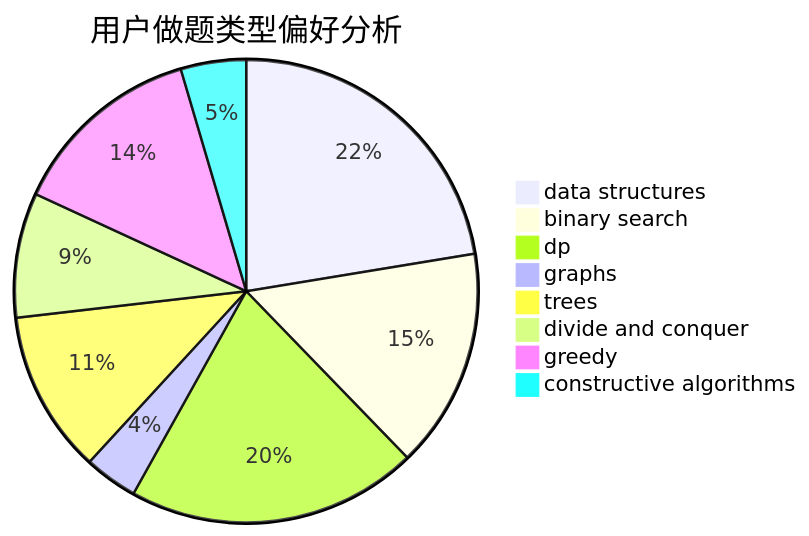
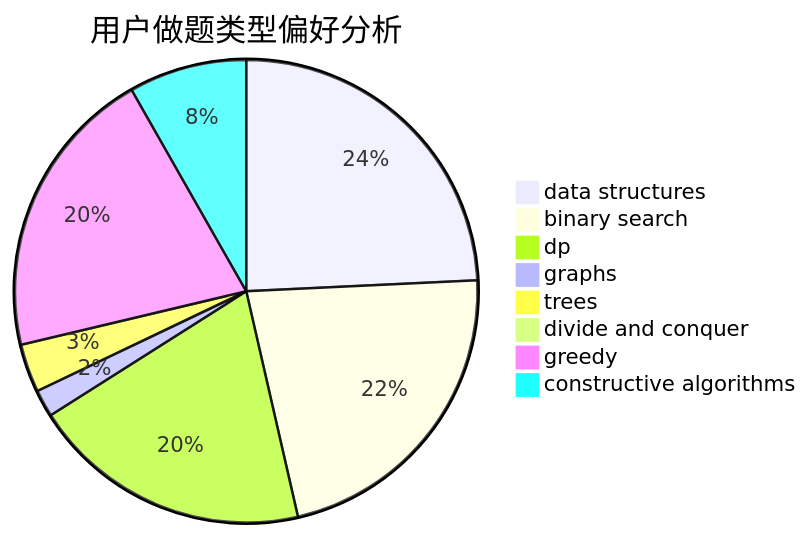
Before and after one commit to sherpahu/cfrs.github.io: the second of 3 diagrams in docs/user/u244.md, drawn with Mermaid. The commit also changed other lines of this file and 2770 other files, not shown here.

````diff
--- a/docs/user/u244.md
+++ b/docs/user/u244.md
@@ -23,11 +23,11 @@
 ```mermaid
 pie title 用户做题类型偏好分析
-    "data structures" :  162
-    "binary search" :  111
-    "dp" :  147
-    "graphs" :  27
-    "trees" :  82
-    "divide and conquer" :  63
-    "greedy" :  98
-    "constructive algorithms" :  33
+    "data structures" :  574
+    "binary search" :  525
+    "dp" :  464
+    "graphs" :  45
+    "trees" :  80
+    "divide and conquer" :  0
+    "greedy" :  485
+    "constructive algorithms" :  195
 ```
````
